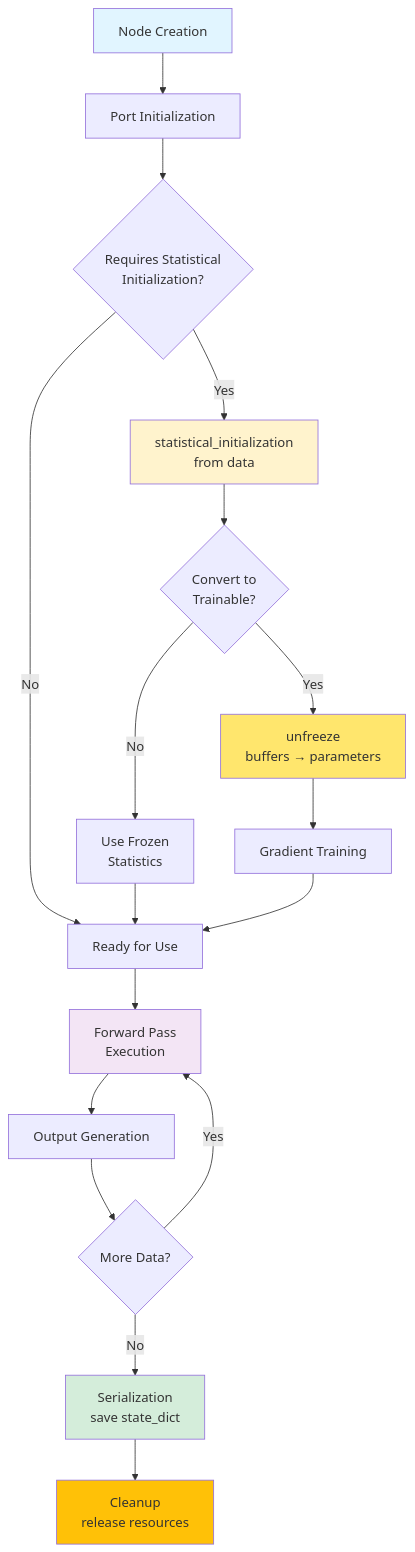
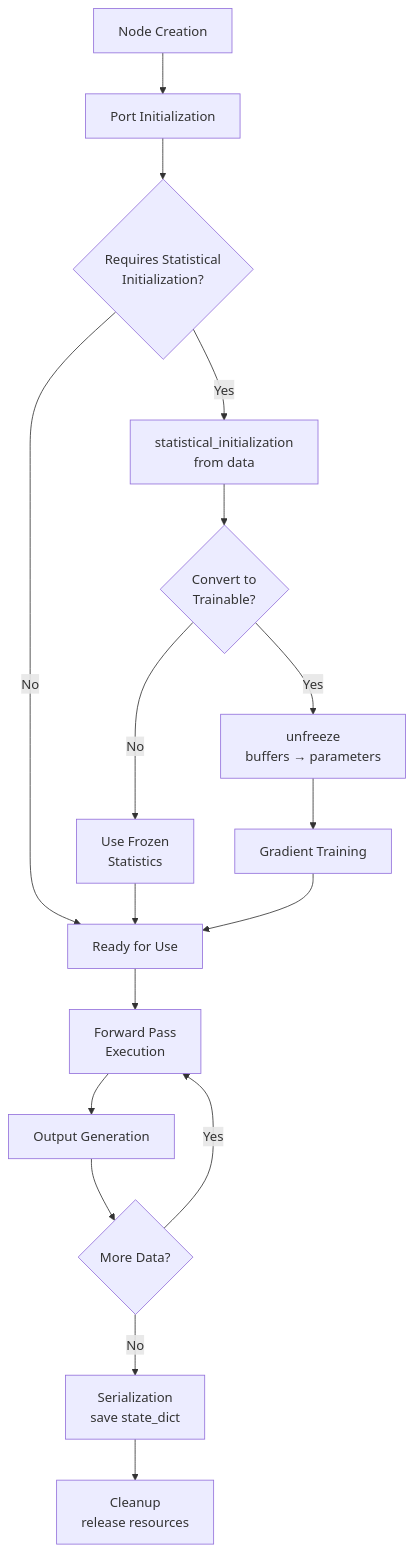
Before and after one commit to cubert-hyperspectral/cuvis-ai: the diagram in docs/concepts/node.md, drawn with Mermaid. The commit also changed 18 other files, not shown here.

First line of the commit message:
docs(theme): use classDef for Mermaid styling and tighten cross-page copy

````diff
--- a/docs/concepts/node.md
+++ b/docs/concepts/node.md
@@ -26,26 +26,19 @@
 ```mermaid
 flowchart TB
     A[Node Creation] --> B[Port Initialization]
     B --> C{Requires Statistical<br/>Initialization?}
     C -->|Yes| D[statistical_initialization<br/>from data]
     C -->|No| E[Ready for Use]
     D --> F{Convert to<br/>Trainable?}
     F -->|Yes| G[unfreeze<br/>buffers → parameters]
     F -->|No| H[Use Frozen<br/>Statistics]
     G --> I[Gradient Training]
     H --> E
     I --> E
     E --> J[Forward Pass<br/>Execution]
     J --> K[Output Generation]
     K --> L{More Data?}
     L -->|Yes| J
     L -->|No| M[Serialization<br/>save state_dict]
     M --> N[Cleanup<br/>release resources]
-
-    style A fill:#e1f5ff
-    style D fill:#fff3cd
-    style G fill:#ffe66d
-    style J fill:#f3e5f5
-    style M fill:#d4edda
-    style N fill:#ffc107
 ```
````
